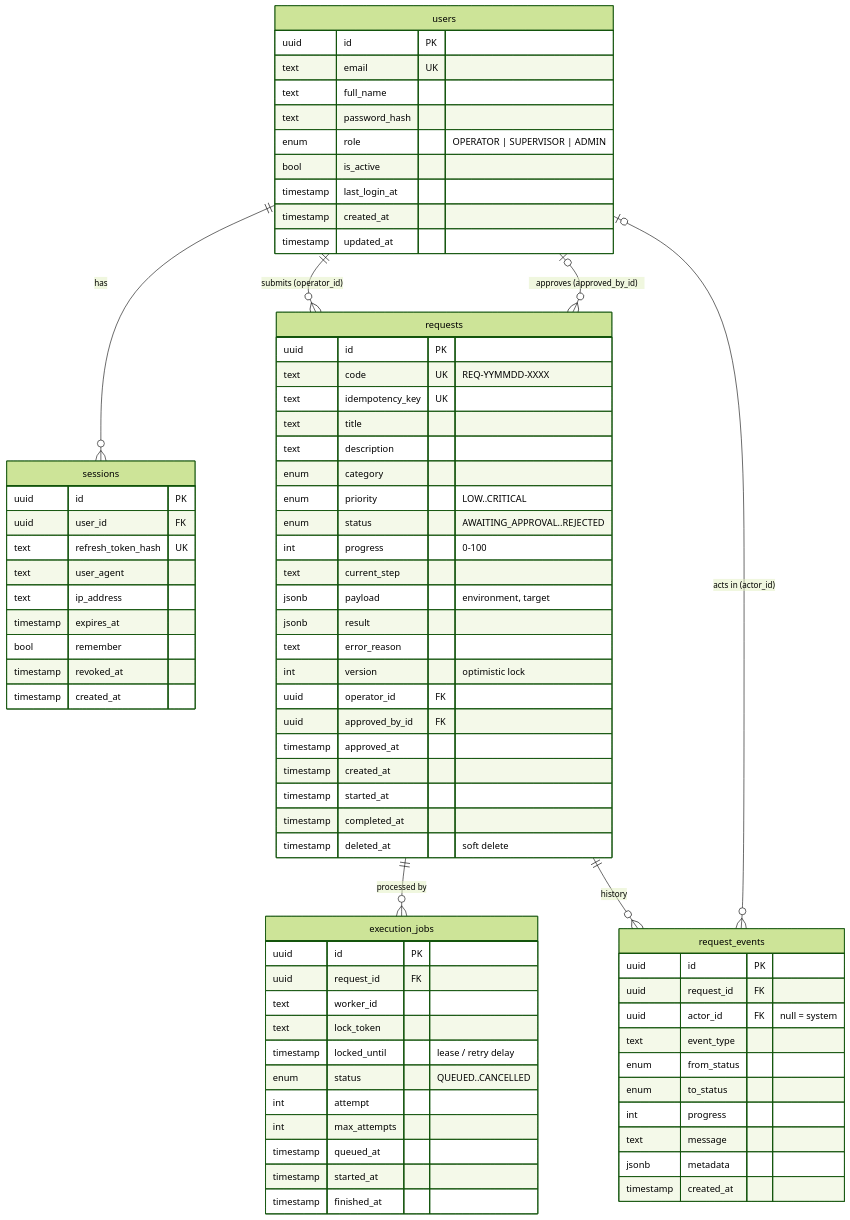
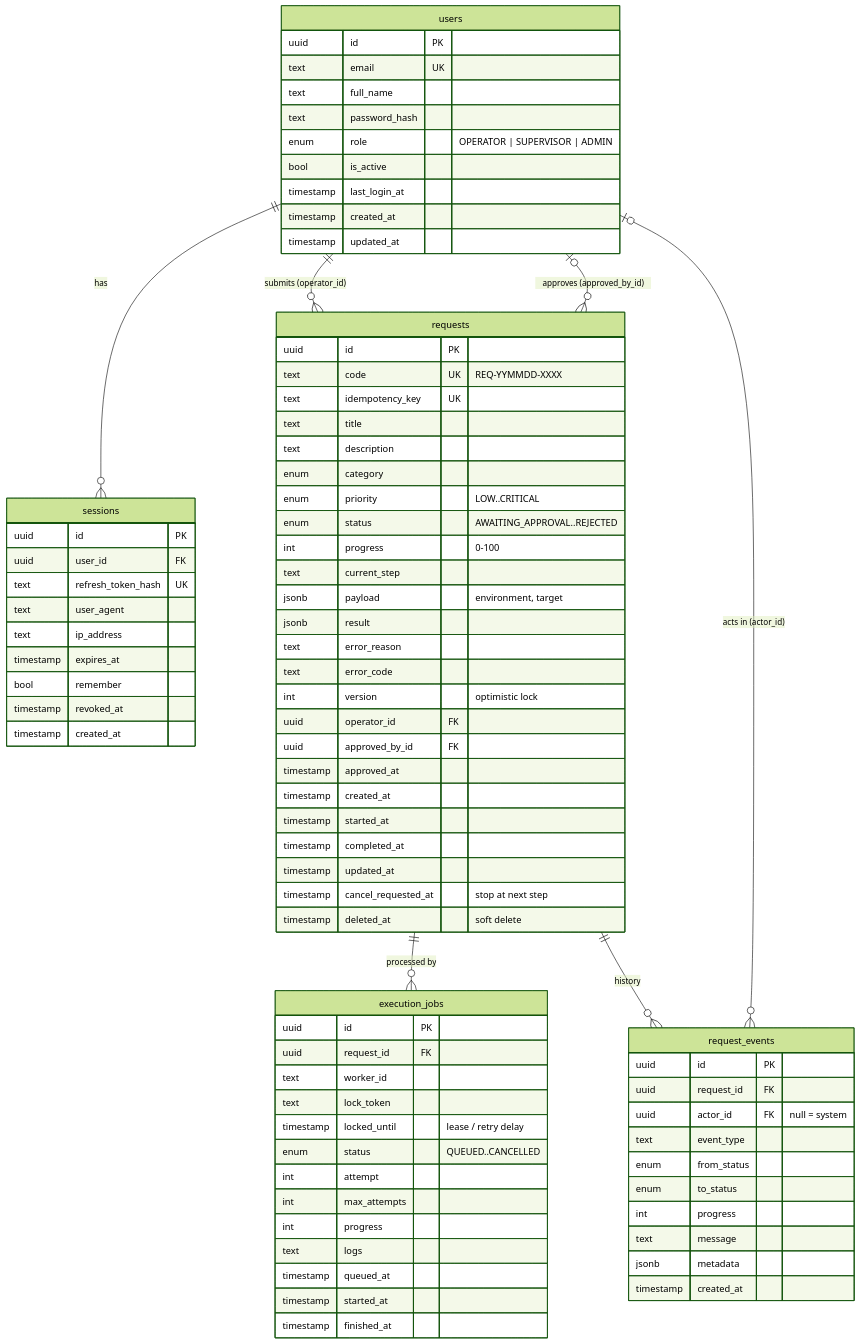
Before and after one commit to ikbalmdashik/CloudPulse: the third of 6 diagrams in docs/DESIGN.md, drawn with Mermaid (forest theme). The commit also changed other lines of this file and 15 other files, not shown here.

```diff
--- a/docs/DESIGN.md
+++ b/docs/DESIGN.md
@@ -140,6 +140,7 @@
         jsonb payload "environment, target"
         jsonb result
         text error_reason
+        text error_code
         int version "optimistic lock"
         uuid operator_id FK
         uuid approved_by_id FK
@@ -147,6 +148,8 @@
         timestamp created_at
         timestamp started_at
         timestamp completed_at
+        timestamp updated_at
+        timestamp cancel_requested_at "stop at next step"
         timestamp deleted_at "soft delete"
     }
     execution_jobs {
@@ -158,6 +161,8 @@
         enum status "QUEUED..CANCELLED"
         int attempt
         int max_attempts
+        int progress
+        text logs
         timestamp queued_at
         timestamp started_at
         timestamp finished_at
```
